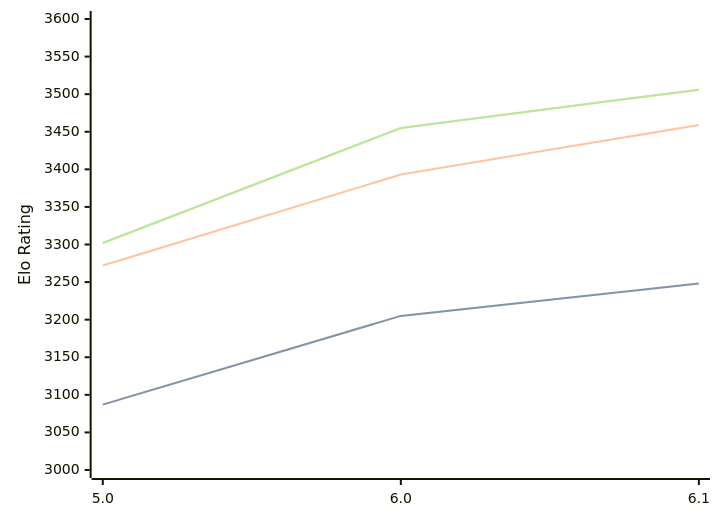
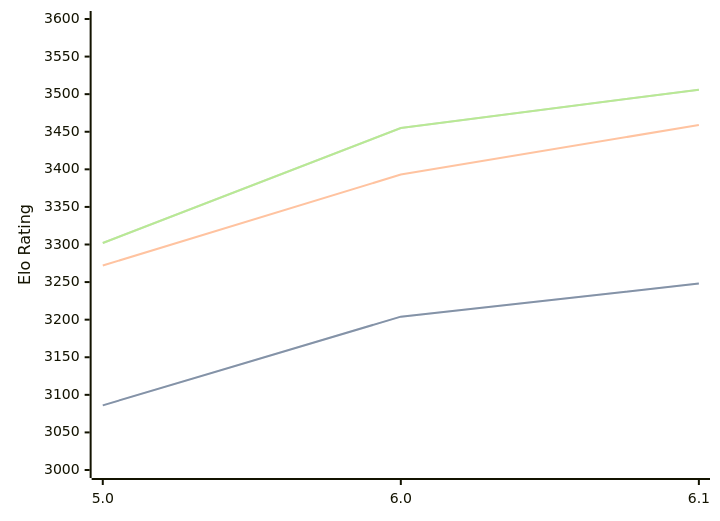
One commit to computer-chess-index/cci changed the diagram in engines/PZChessBot.md. Above: the diagram before and after it, drawn with Mermaid. The commit also changed other lines of this file, not shown here.

````diff
--- a/engines/PZChessBot.md
+++ b/engines/PZChessBot.md
@@ -39,11 +39,11 @@
 ```mermaid
 %%{init: {"theme":"base","themeVariables":{"seriesColors:['#a3a3a3','#222221','#faa371']}}}%%
 xychart-beta
   x-axis ["5.0", "6.0", "6.1"]
   y-axis "Elo Rating" 3000 --> 3600
-  line "STC (8.0+0.08s)" [3087, 3205, 3248]
-  line "STC (8.0+0.08s)" [3087, 3205, 3248]
+  line "STC (8.0+0.08s)" [3086, 3204, 3248]
+  line "STC (8.0+0.08s)" [3086, 3204, 3248]
   line "LTC (60.0+0.60s)" [3272, 3393, 3459]
   line "VLTC (2m24s+1.12s)" [3302, 3455, 3506]
   line "VLTC (2m24s+1.12s)" [3302, 3455, 3506]
 ```
````
